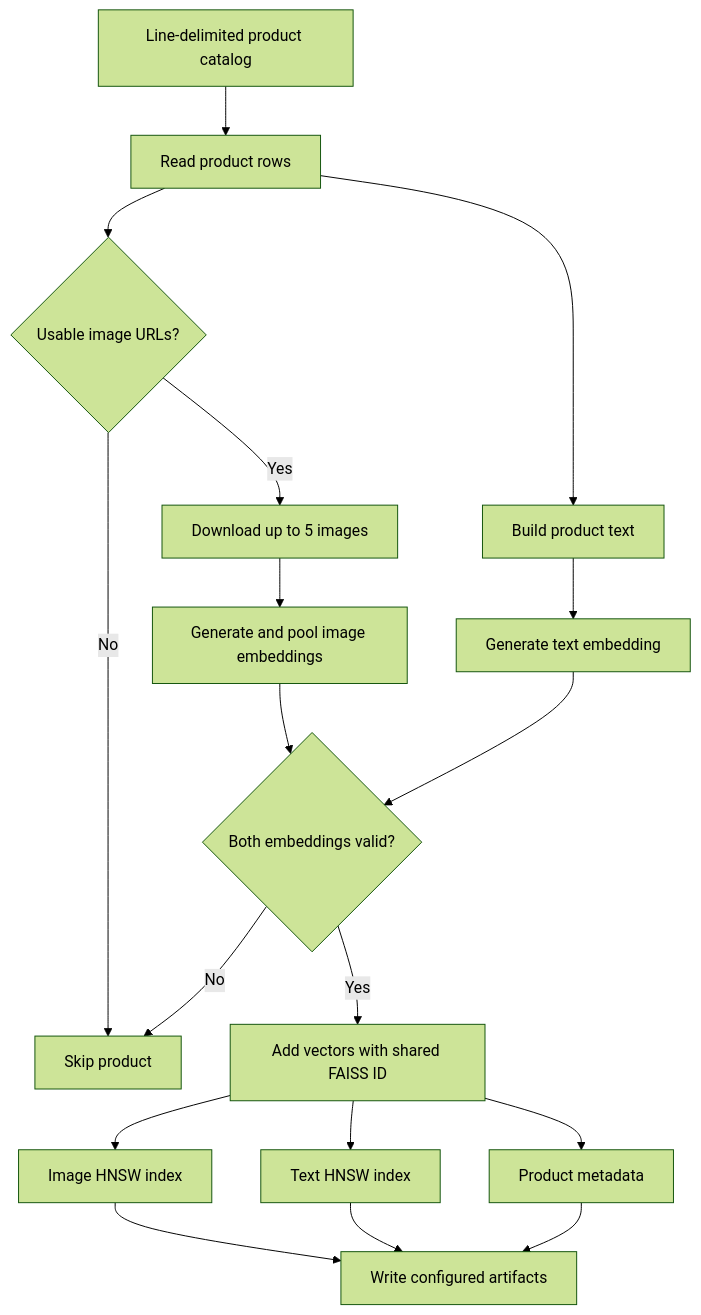
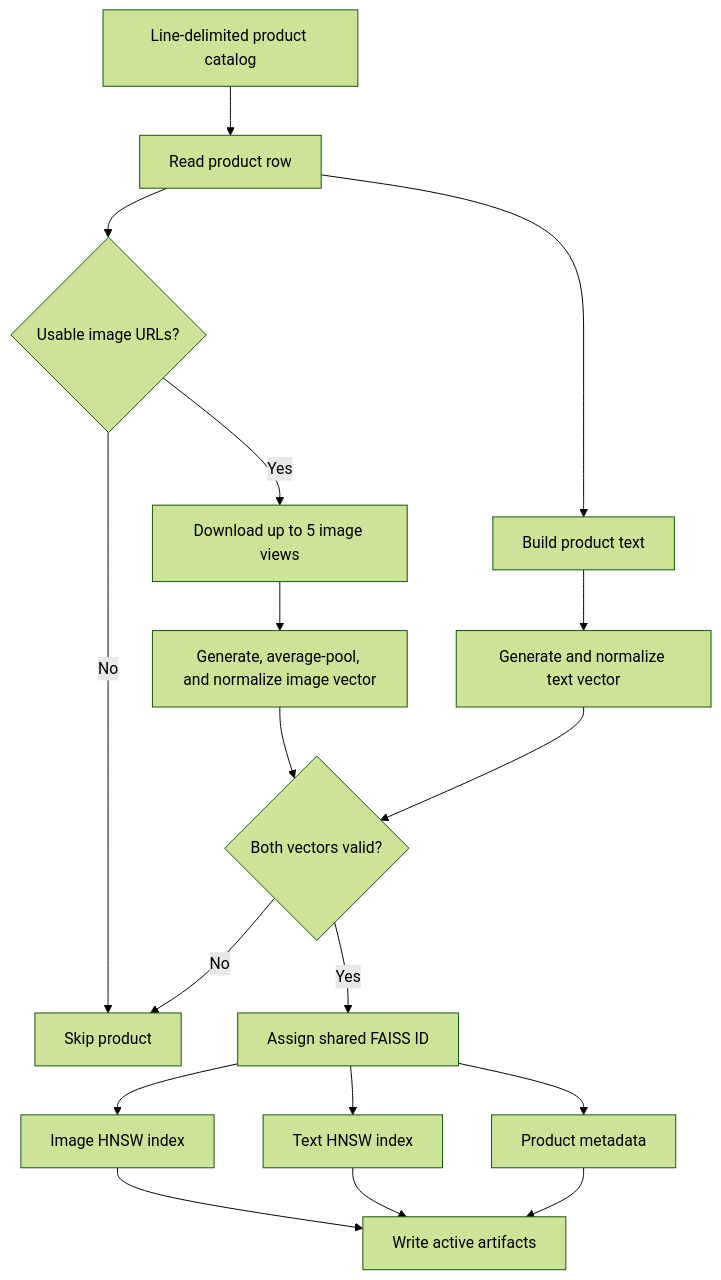
The first of 2 diagrams in README.md (eagagk/sap_ex), drawn with Mermaid (forest theme) before and after one commit. The commit also changed other lines of this file and 1 other file, not shown here.

````diff
--- a/README.md
+++ b/README.md
@@ -31,20 +19,20 @@
 ```mermaid
 flowchart TD
-    A[Line-delimited product catalog] --> B[Read product rows]
+    A[Line-delimited product catalog] --> B[Read product row]
     B --> C{Usable image URLs?}
     C -- No --> X[Skip product]
-    C -- Yes --> D[Download up to 5 images]
-    D --> E[Generate and pool image embeddings]
+    C -- Yes --> D[Download up to 5 image views]
+    D --> E[Generate, average-pool, and normalize image vector]
     B --> F[Build product text]
-    F --> G[Generate text embedding]
-    E --> H{Both embeddings valid?}
+    F --> G[Generate and normalize text vector]
+    E --> H{Both vectors valid?}
     G --> H
     H -- No --> X
-    H -- Yes --> I[Add vectors with shared FAISS ID]
+    H -- Yes --> I[Assign shared FAISS ID]
     I --> J[Image HNSW index]
     I --> K[Text HNSW index]
     I --> L[Product metadata]
-    J --> M[Write configured artifacts]
+    J --> M[Write active artifacts]
     K --> M
     L --> M
 ```
````
